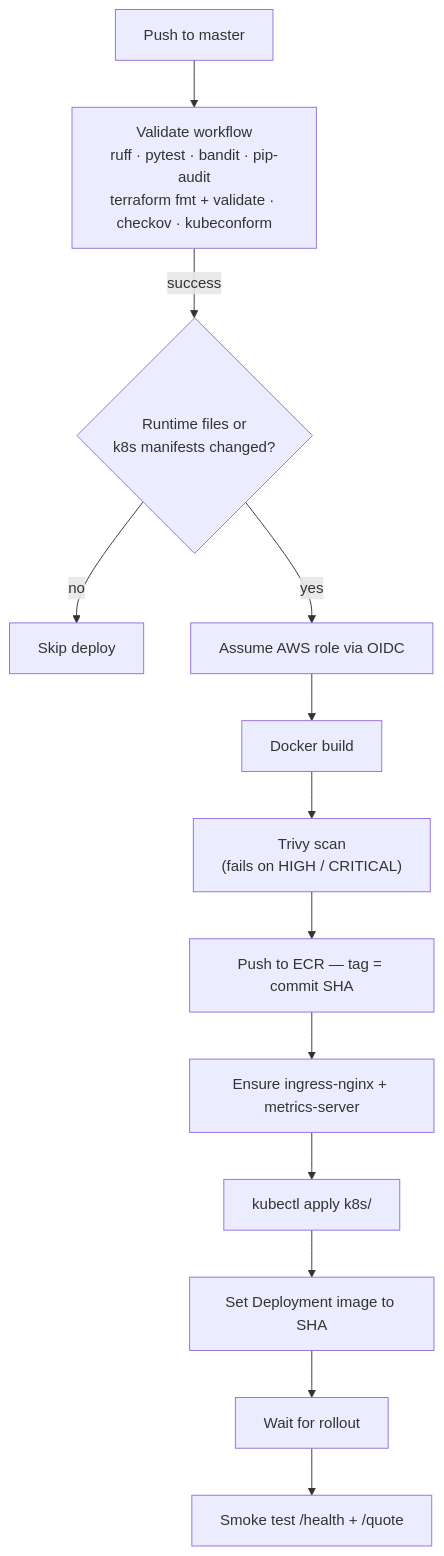
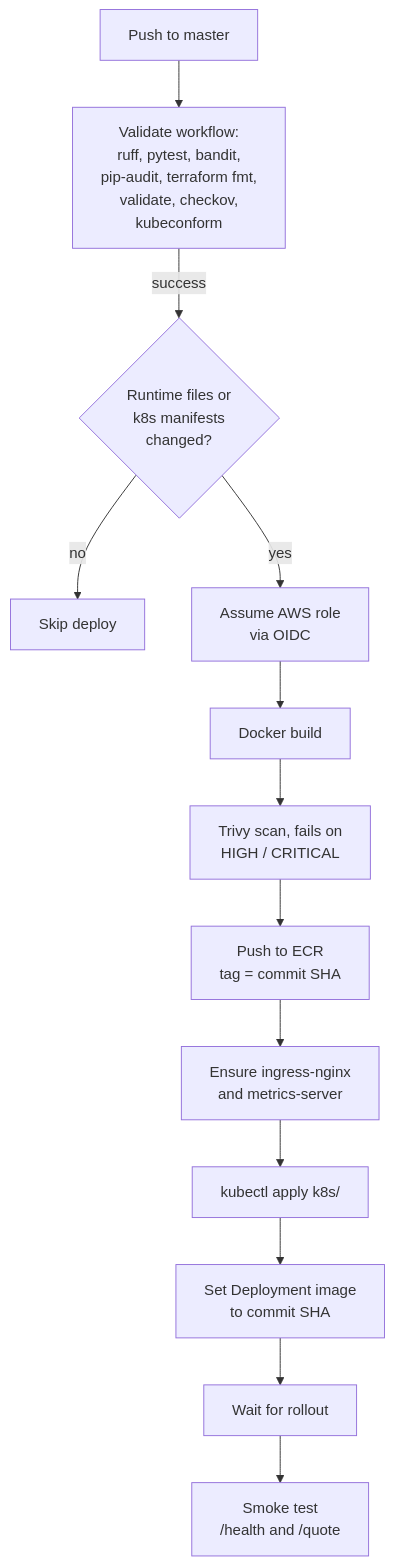
The second of 3 diagrams in README.md (alexvidi/AWS-Cloud-Infrastructure-Kubernetes-Docker-Terraform-GitHubActions), drawn with Mermaid before and after one commit. The commit also changed other lines of this file, not shown here.

Commit message:
restructered readme mermaid

````diff
--- a/README.md
+++ b/README.md
@@ -68,12 +68,15 @@
 ```mermaid
 flowchart TD
-    A["Push to master"] --> B["Validate workflow<br/>ruff · pytest · bandit · pip-audit<br/>terraform fmt + validate · checkov · kubeconform"]
-    B -->|"success"| C{"Runtime files or<br/>k8s manifests changed?"}
+    A["Push to master"] --> B["Validate workflow:<br/>ruff, pytest, bandit,<br/>pip-audit, terraform fmt,<br/>validate, checkov,<br/>kubeconform"]
+    B -->|"success"| C{"Runtime files or<br/>k8s manifests<br/>changed?"}
     C -->|"no"| S["Skip deploy"]
-    C -->|"yes"| D["Assume AWS role via OIDC"]
-    D --> E["Docker build"] --> F["Trivy scan<br/>(fails on HIGH / CRITICAL)"]
-    F --> G["Push to ECR — tag = commit SHA"]
-    G --> H["Ensure ingress-nginx + metrics-server"]
-    H --> I["kubectl apply k8s/"] --> J["Set Deployment image to SHA"]
-    J --> K["Wait for rollout"] --> L["Smoke test /health + /quote"]
+    C -->|"yes"| D["Assume AWS role<br/>via OIDC"]
+    D --> E["Docker build"]
+    E --> F["Trivy scan, fails on<br/>HIGH / CRITICAL"]
+    F --> G["Push to ECR<br/>tag = commit SHA"]
+    G --> H["Ensure ingress-nginx<br/>and metrics-server"]
+    H --> I["kubectl apply k8s/"]
+    I --> J["Set Deployment image<br/>to commit SHA"]
+    J --> K["Wait for rollout"]
+    K --> L["Smoke test<br/>/health and /quote"]
 ```
````
